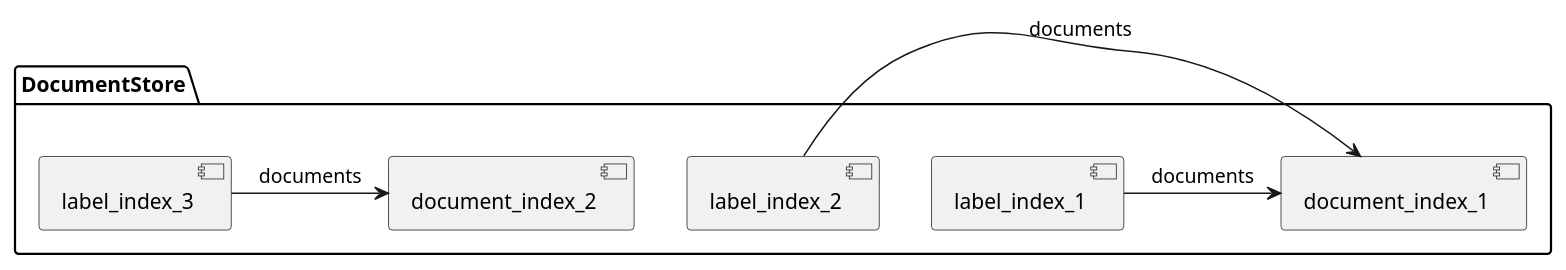
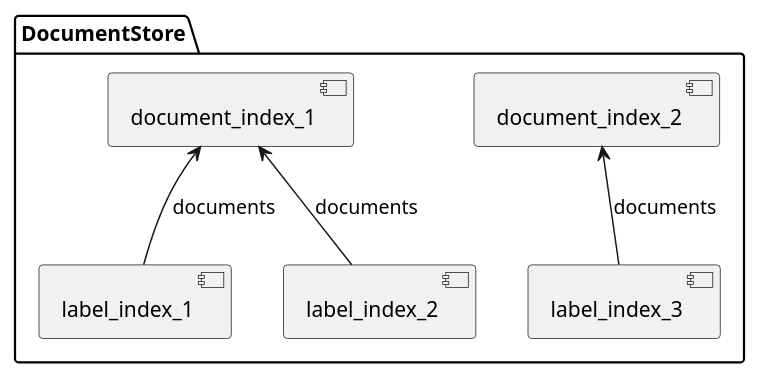
One commit to tstadel/arc changed the diagram in documentstore_component.iuml. Above: the diagram before and after it, drawn with PlantUML.

```diff
--- a/documentstore_component.iuml
+++ b/documentstore_component.iuml
@@ -1,13 +1,13 @@
 @startuml
 package DocumentStore {
   component document_index_1
   component document_index_2
   component label_index_1
   component label_index_2
   component label_index_3
 }
 
-label_index_1 -> document_index_1: "documents"
-label_index_2 -> document_index_1: "documents"
-label_index_3 -> document_index_2: "documents"
+label_index_1 -up-> document_index_1: "documents"
+label_index_2 -up-> document_index_1: "documents"
+label_index_3 -up-> document_index_2: "documents"
 @enduml
```
